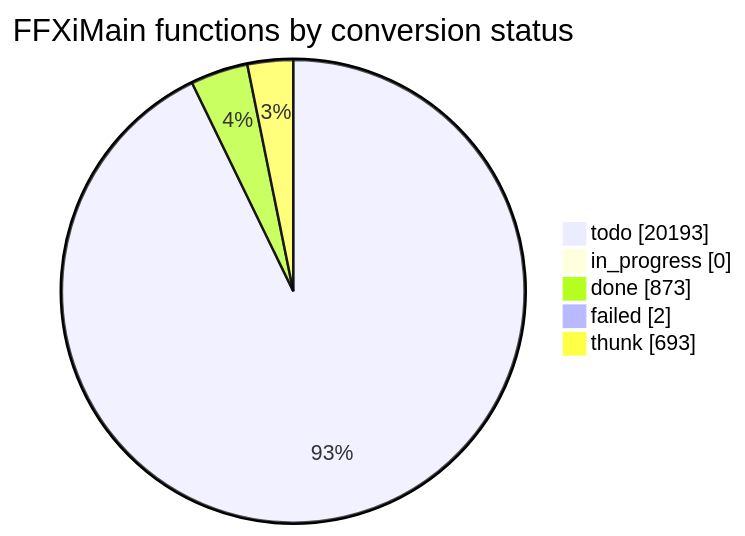
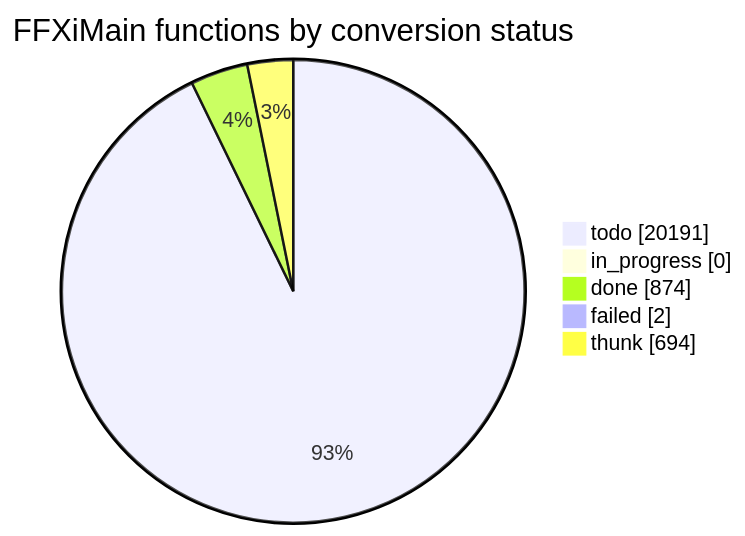
One commit to cowrevenge/cow_kuluu_xi_anything changed the diagram in docs/cow/STATUS.md. Above: the diagram before and after it, drawn with Mermaid. The commit also changed other lines of this file and 9 other files, not shown here.

````diff
--- a/docs/cow/STATUS.md
+++ b/docs/cow/STATUS.md
@@ -18,9 +18,9 @@
 ```mermaid
 pie showData
     title FFXiMain functions by conversion status
-    "todo" : 20193
+    "todo" : 20191
     "in_progress" : 0
-    "done" : 873
+    "done" : 874
     "failed" : 2
-    "thunk" : 693
+    "thunk" : 694
 ```
````
